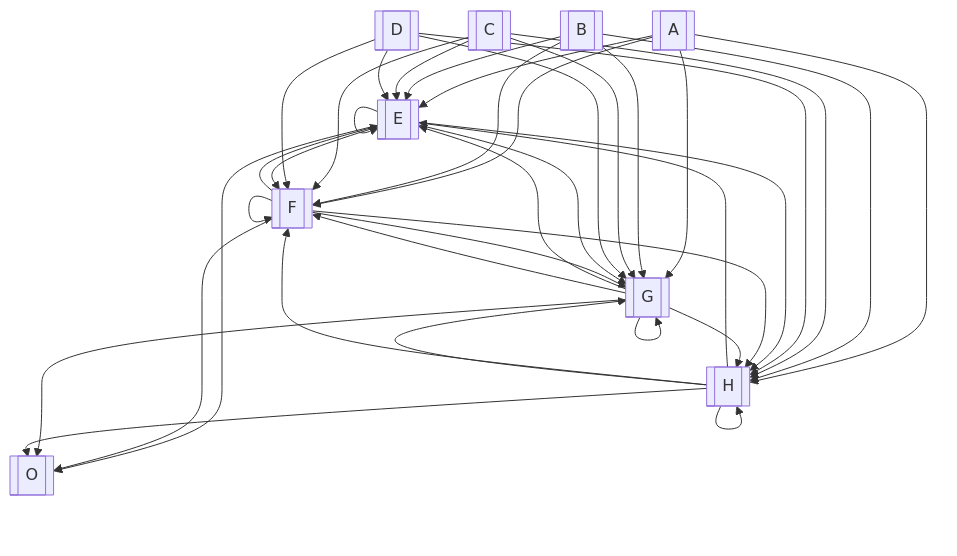
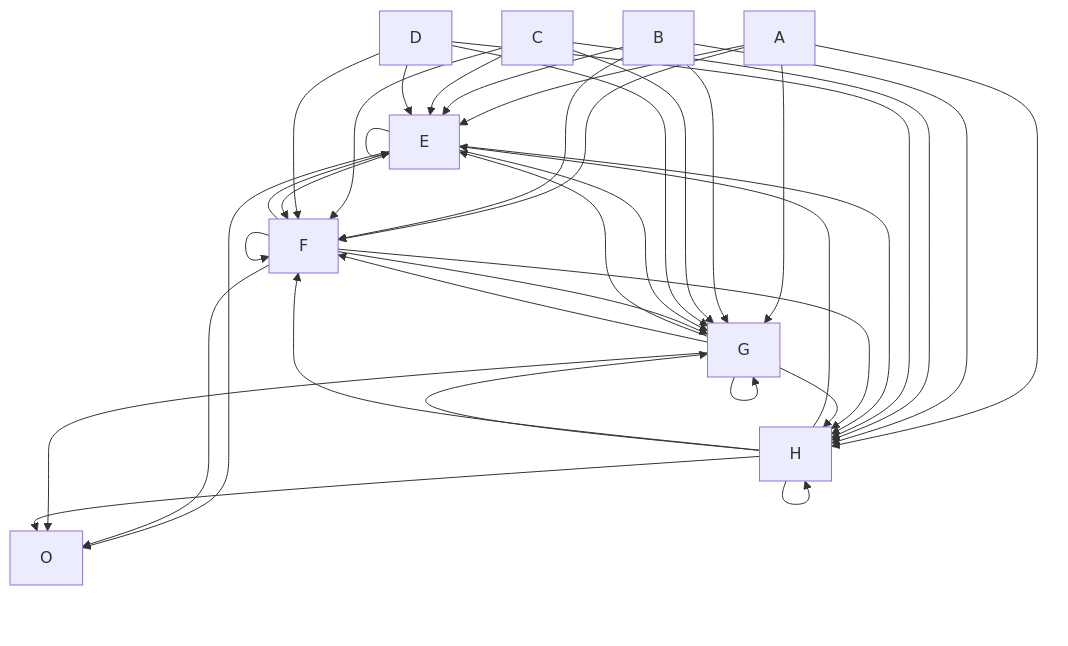
One commit to Arannamoy-Mondal/NLP-MLOPS changed the third of 3 diagrams in DL/ANN.md. Above: the diagram before and after it, drawn with Mermaid.

Commit message:
upd:ANN.md

````diff
--- a/DL/ANN.md
+++ b/DL/ANN.md
@@ -37,45 +37,45 @@
 ```mermaid
 graph TD;
-  A[[A]] --> E[[E]]
-  A[[A]] --> F[[F]]
-  A[[A]] --> G[[G]]
-  A[[A]] --> H[[H]]
-  B[[B]] --> E[[E]]
-  B[[B]] --> F[[F]]
-  B[[B]] --> G[[G]]
-  B[[B]] --> H[[H]]
-  C[[C]] --> E[[E]]
-  C[[C]] --> F[[F]]
-  C[[C]] --> G[[G]]
-  C[[C]] --> H[[H]]
-  D[[D]] --> E[[E]]
-  D[[D]] --> F[[F]]
-  D[[D]] --> G[[G]]
-  D[[D]] --> H[[H]]
-  E[[E]] --> O[[O]]
-  F[[F]] --> O[[O]]
-  G[[G]] --> O[[O]]
-  H[[H]] --> O[[O]]
+  A[A] --> E[E]
+  A[A] --> F[F]
+  A[A] --> G[G]
+  A[A] --> H[H]
+  B[B] --> E[E]
+  B[B] --> F[F]
+  B[B] --> G[G]
+  B[B] --> H[H]
+  C[C] --> E[E]
+  C[C] --> F[F]
+  C[C] --> G[G]
+  C[C] --> H[H]
+  D[D] --> E[E]
+  D[D] --> F[F]
+  D[D] --> G[G]
+  D[D] --> H[H]
+  E[E] --> O[O]
+  F[F] --> O[O]
+  G[G] --> O[O]
+  H[H] --> O[O]
   
-    E[[E]] --> E[[E]]
-    E[[E]] --> F[[F]]
-    E[[E]] --> G[[G]]
-    E[[E]] --> H[[H]]
+    E[E] --> E[E]
+    E[E] --> F[F]
+    E[E] --> G[G]
+    E[E] --> H[H]
 
-    F[[F]] --> E[[E]]
-    F[[F]] --> F[[F]]
-    F[[F]] --> G[[G]]
-    F[[F]] --> H[[H]]
+    F[F] --> E[E]
+    F[F] --> F[F]
+    F[F] --> G[G]
+    F[F] --> H[H]
 
 
-    G[[G]] --> E[[E]]
-    G[[G]] --> F[[F]]
-    G[[G]] --> G[[G]]
-    G[[G]] --> H[[H]]
+    G[G] --> E[E]
+    G[G] --> F[F]
+    G[G] --> G[G]
+    G[G] --> H[H]
 
 
-    H[[H]] --> E[[E]]
-    H[[H]] --> F[[F]]
-    H[[H]] --> G[[G]]
-    H[[H]] --> H[[H]]
+    H[H] --> E[E]
+    H[H] --> F[F]
+    H[H] --> G[G]
+    H[H] --> H[H]
 ```
````
